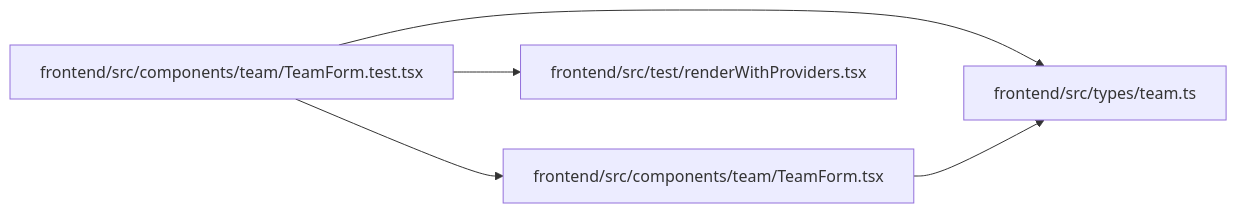
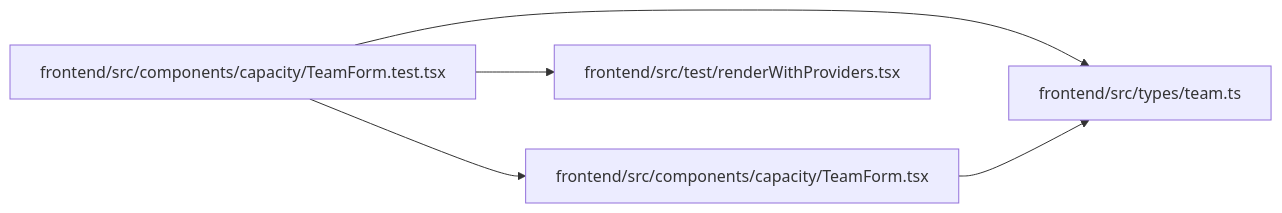
The diagram in docs/llm_wiki/modules/TeamForm.test.md (Denissvgn/WorkChord), drawn with Mermaid before and after one commit. The commit also changed other lines of this file and 2373 other files, not shown here.

````diff
--- a/docs/llm_wiki/modules/TeamForm.test.md
+++ b/docs/llm_wiki/modules/TeamForm.test.md
@@ -31,15 +31,15 @@
 ```mermaid
 flowchart LR
-    n0["frontend/src/components/team/TeamForm.test.tsx"]
-    n1["frontend/src/components/team/TeamForm.tsx"]
+    n0["frontend/src/components/capacity/TeamForm.test.tsx"]
+    n1["frontend/src/components/capacity/TeamForm.tsx"]
     n2["frontend/src/test/renderWithProviders.tsx"]
     n3["frontend/src/types/team.ts"]
     n0 --> n1
     n0 --> n2
     n0 --> n3
     n1 --> n3
     click n0 "../modules/TeamForm.test.md"
     click n1 "../modules/TeamForm.md"
     click n2 "../modules/renderWithProviders.md"
     click n3 "../modules/types_team.md"
 ```
````
